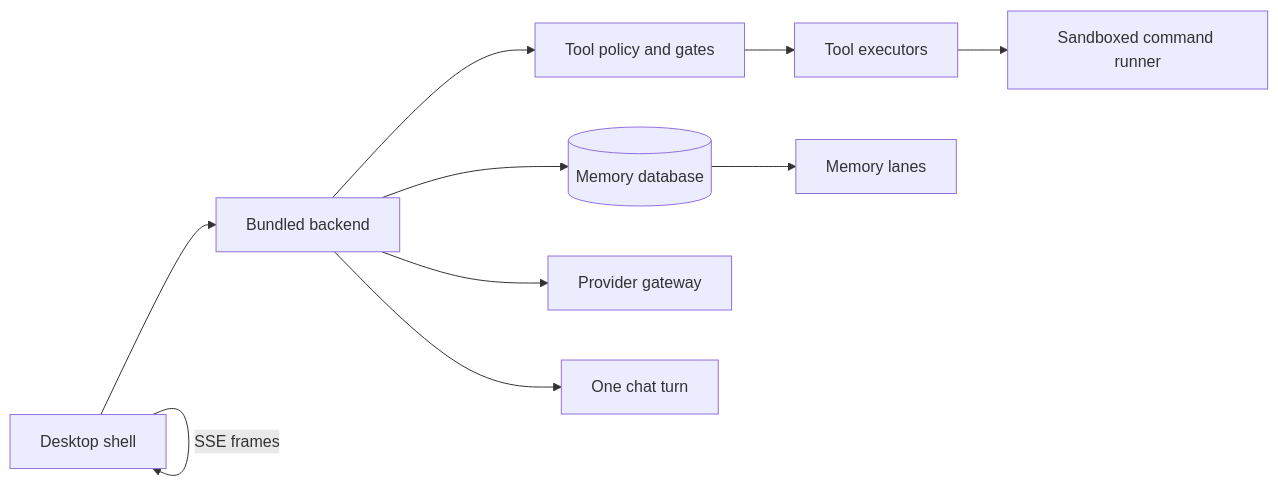
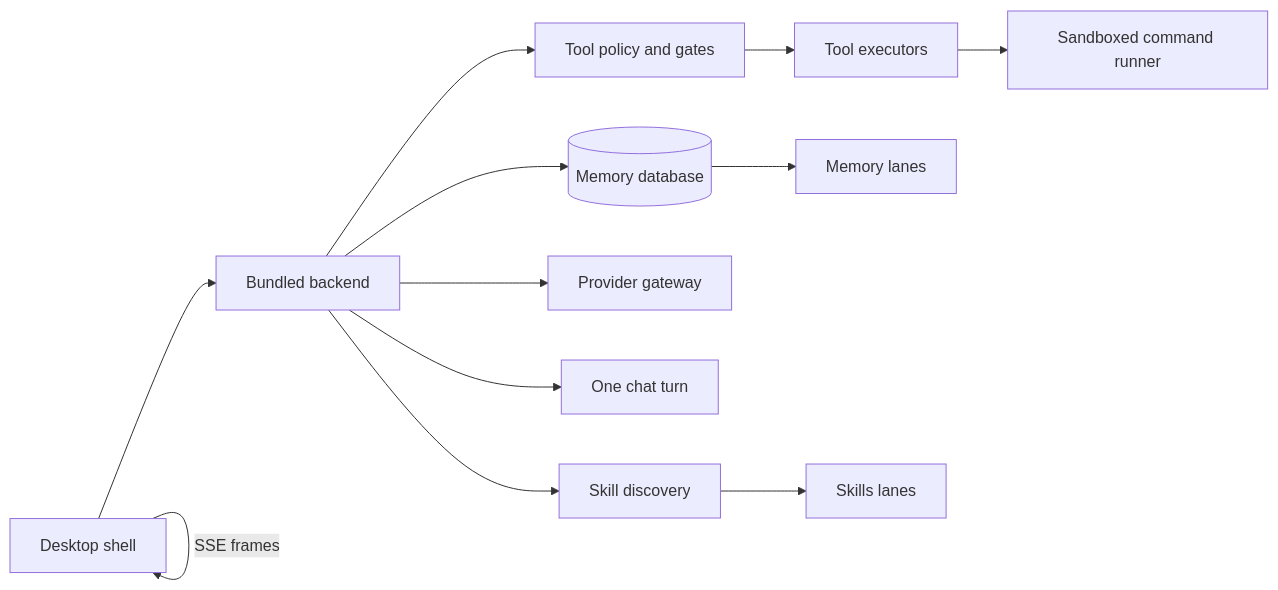
One commit to KILLER3UG/august-proxy changed the diagram in docs/state/README.md. Above: the diagram before and after it, drawn with Mermaid. The commit also changed other lines of this file and 17 other files, not shown here.

````diff
--- a/docs/state/README.md
+++ b/docs/state/README.md
@@ -29,12 +30,14 @@
 ```mermaid
 flowchart LR
   Shell[Desktop shell] --> Backend[Bundled backend]
   Backend --> Policy[Tool policy and gates]
   Policy --> Tools[Tool executors]
   Tools --> Sandbox[Sandboxed command runner]
   Backend --> Memory[(Memory database)]
   Backend --> Provider[Provider gateway]
   Shell -->|SSE frames| Shell
   Backend --> Turn[One chat turn]
   Memory --> Mem[Memory lanes]
+  Backend --> SkillRoutes[Skill discovery]
+  SkillRoutes --> SkillLanes[Skills lanes]
 ```
````
